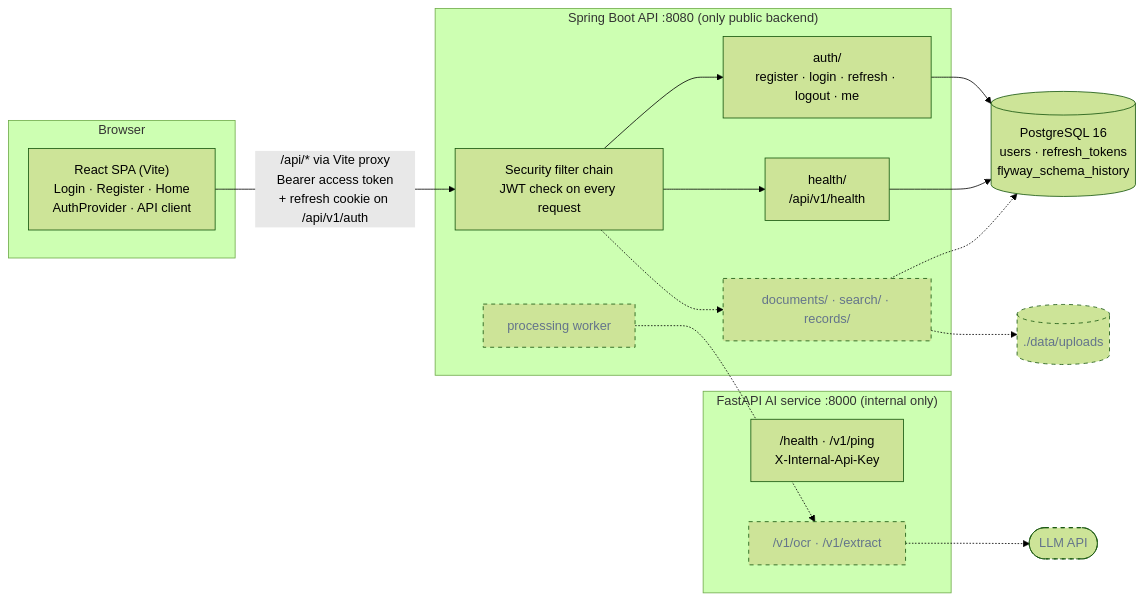
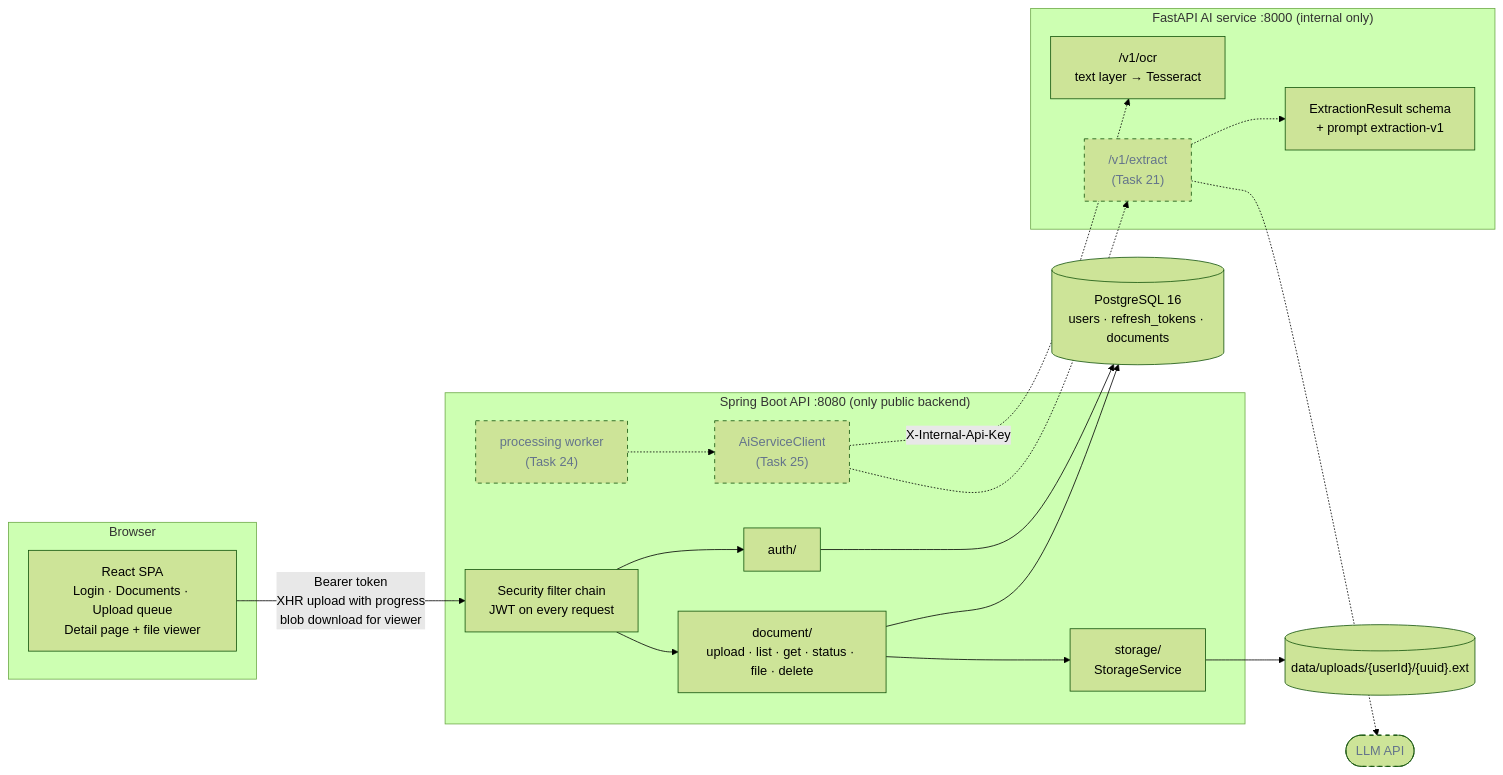
One commit to n3h4a/medfold changed the first of 2 diagrams in docs/architecture.md. Above: the diagram before and after it, drawn with Mermaid (forest theme). The commit also changed other lines of this file, not shown here.

First line of the commit message:
docs: add architecture recap for tasks 11-20 (documents, OCR, extraction contract)

````diff
--- a/docs/architecture.md
+++ b/docs/architecture.md
@@ -14,37 +17,38 @@
 ```mermaid
 flowchart LR
     subgraph Browser
-        UI["React SPA (Vite)<br/>Login · Register · Home<br/>AuthProvider · API client"]
+        UI["React SPA<br/>Login · Documents · Upload queue<br/>Detail page + file viewer"]
     end
 
     subgraph Backend["Spring Boot API :8080 (only public backend)"]
-        SEC["Security filter chain<br/>JWT check on every request"]
-        AUTH["auth/<br/>register · login · refresh · logout · me"]
-        HEALTH["health/<br/>/api/v1/health"]
-        DOCS["documents/ · search/ · records/"]
-        WORKER["processing worker"]
+        SEC["Security filter chain<br/>JWT on every request"]
+        AUTH["auth/"]
+        DOCS["document/<br/>upload · list · get · status · file · delete"]
+        STORE["storage/<br/>StorageService"]
+        WORKER["processing worker<br/>(Task 24)"]
+        AICLIENT["AiServiceClient<br/>(Task 25)"]
     end
 
     subgraph AI["FastAPI AI service :8000 (internal only)"]
-        AIH["/health · /v1/ping<br/>X-Internal-Api-Key"]
-        OCR["/v1/ocr · /v1/extract"]
+        OCR["/v1/ocr<br/>text layer → Tesseract"]
+        EXTRACT["/v1/extract<br/>(Task 21)"]
+        SCHEMA["ExtractionResult schema<br/>+ prompt extraction-v1"]
     end
 
-    DB[("PostgreSQL 16<br/>users · refresh_tokens<br/>flyway_schema_history")]
-    FILES[("./data/uploads")]
+    DB[("PostgreSQL 16<br/>users · refresh_tokens · documents")]
+    FILES[("data/uploads/{userId}/{uuid}.ext")]
     LLM(["LLM API"])
 
-    UI -- "/api/* via Vite proxy<br/>Bearer access token<br/>+ refresh cookie on /api/v1/auth" --> SEC
-    SEC --> AUTH
-    SEC --> HEALTH
-    AUTH --> DB
-    HEALTH --> DB
-    SEC -.-> DOCS
-    DOCS -.-> DB
-    DOCS -.-> FILES
-    WORKER -.-> OCR
-    OCR -.-> LLM
+    UI -- "Bearer token<br/>XHR upload with progress<br/>blob download for viewer" --> SEC
+    SEC --> AUTH --> DB
+    SEC --> DOCS --> DB
+    DOCS --> STORE --> FILES
+    WORKER -.-> AICLIENT
+    AICLIENT -. "X-Internal-Api-Key" .-> OCR
+    AICLIENT -.-> EXTRACT
+    EXTRACT -.-> SCHEMA
+    EXTRACT -.-> LLM
 
     classDef planned stroke-dasharray: 5 5,color:#64748b
-    class DOCS,WORKER,OCR,FILES,LLM planned
+    class WORKER,AICLIENT,EXTRACT,LLM planned
 ```
````
